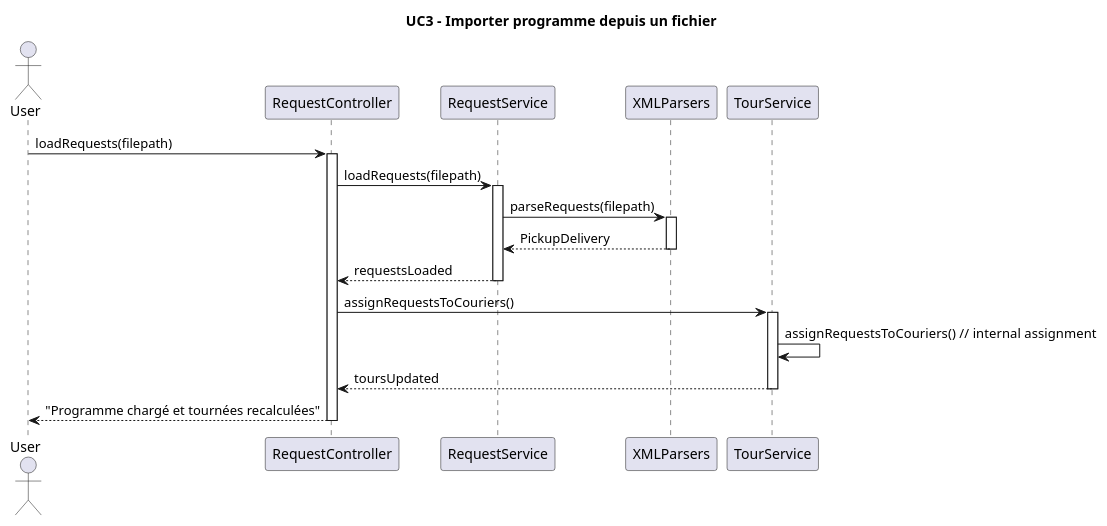
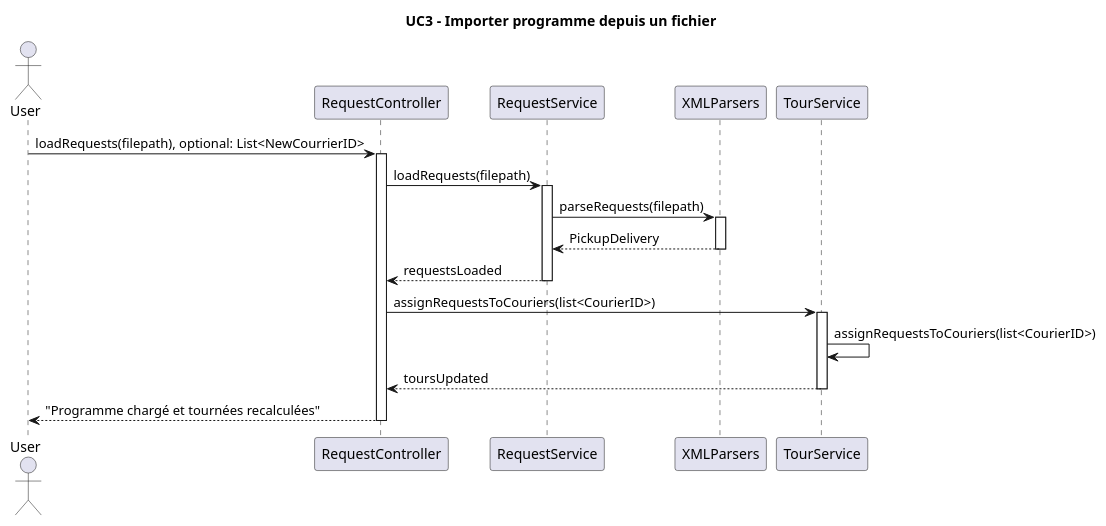
The diagram in diagrams/diagramUC3.plantuml (enzo-dosanjos/Pickup_Delivery_App), drawn with PlantUML before and after one commit. The commit also changed 29 other files, not shown here.

```diff
--- a/diagrams/diagramUC3.plantuml
+++ b/diagrams/diagramUC3.plantuml
@@ -1,32 +1,32 @@
 @startuml
 title UC3 - Importer programme depuis un fichier
 
 actor User
 participant "RequestController" as RC
 participant "RequestService" as RS
 participant "XMLParsers" as XP
 participant "TourService" as TS
 
-User -> RC : loadRequests(filepath)
+User -> RC : loadRequests(filepath), optional: List<NewCourrierID>
 activate RC
 
 RC -> RS : loadRequests(filepath)
 activate RS
 
 RS -> XP : parseRequests(filepath)
 activate XP
 XP --> RS : PickupDelivery
 deactivate XP
 
 RS --> RC : requestsLoaded
 deactivate RS
 
-RC -> TS : assignRequestsToCouriers()
+RC -> TS : assignRequestsToCouriers(list<CourierID>)
 activate TS
-TS -> TS : assignRequestsToCouriers()  // internal assignment
+TS -> TS : assignRequestsToCouriers(list<CourierID>)
 TS --> RC : toursUpdated
 deactivate TS
 
 RC --> User : "Programme chargé et tournées recalculées"
 deactivate RC
 @enduml
```
